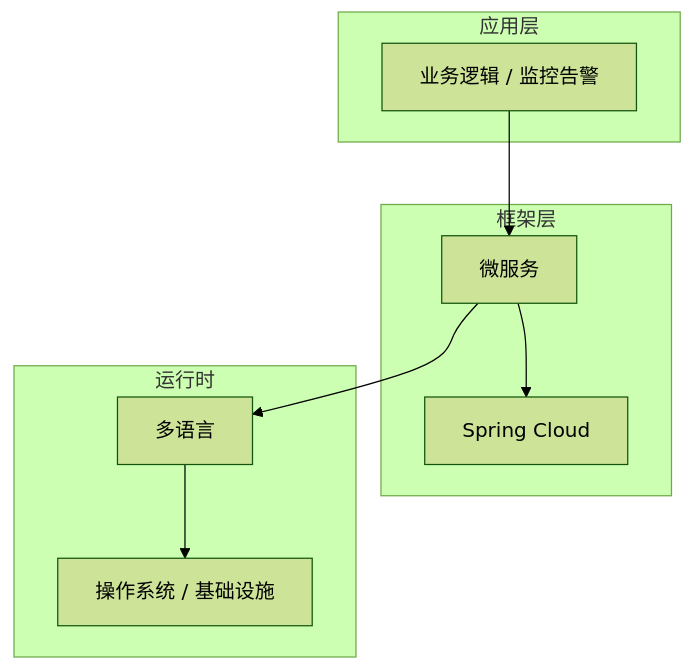
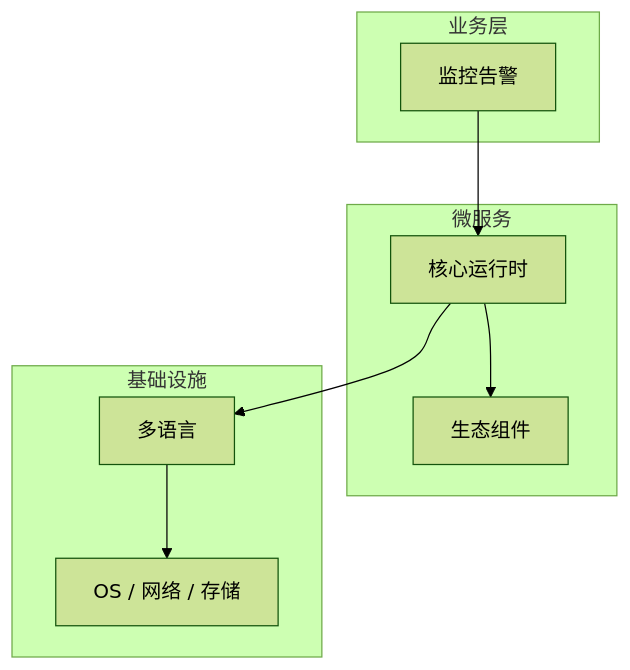
One commit to yanggan2015/knowledge-json-v2 changed the diagram in articles/微服务架构/chapters/086-监控告警核心概念与原理.md. Above: the diagram before and after it, drawn with Mermaid (forest theme). The commit also changed other lines of this file and 10127 other files, not shown here.

````diff
--- a/articles/微服务架构/chapters/086-监控告警核心概念与原理.md
+++ b/articles/微服务架构/chapters/086-监控告警核心概念与原理.md
@@ -45,18 +34,18 @@
 ```mermaid
 graph TB
-    subgraph 应用层
-        A[业务逻辑 / 监控告警]
+    subgraph 业务层
+        A[监控告警]
     end
-    subgraph 框架层
-        B[微服务]
-        C[Spring Cloud]
+    subgraph 微服务
+        B[核心运行时]
+        C[生态组件]
     end
-    subgraph 运行时
+    subgraph 基础设施
         D[多语言]
-        E[操作系统 / 基础设施]
+        E[OS / 网络 / 存储]
     end
     A --> B
     B --> C
     B --> D
     D --> E
 ```
````
